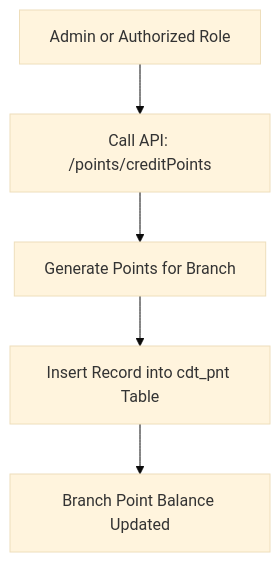
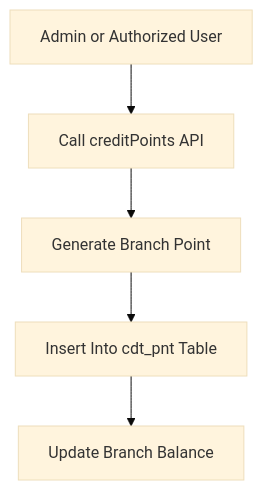
One commit to KSW-IT/point-flow-documentation changed the first of 6 diagrams in Point_Flow.md. Above: the diagram before and after it, drawn with Mermaid (base theme). The commit also changed other lines of this file, not shown here.

````diff
--- a/Point_Flow.md
+++ b/Point_Flow.md
@@ -11,12 +55,12 @@
 ```mermaid
 flowchart TD
 
-    A[Admin or Authorized Role]
-    --> B[Call API: /points/creditPoints]
+    A[Admin or Authorized User]
+    --> B[Call creditPoints API]
 
-    B --> C[Generate Points for Branch]
+    B --> C[Generate Branch Point]
 
-    C --> D[Insert Record into cdt_pnt Table]
+    C --> D[Insert Into cdt_pnt Table]
 
-    D --> E[Branch Point Balance Updated]
+    D --> E[Update Branch Balance]
 ```
````
